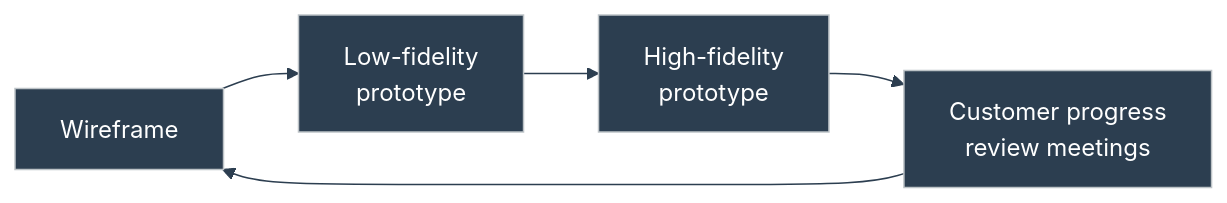
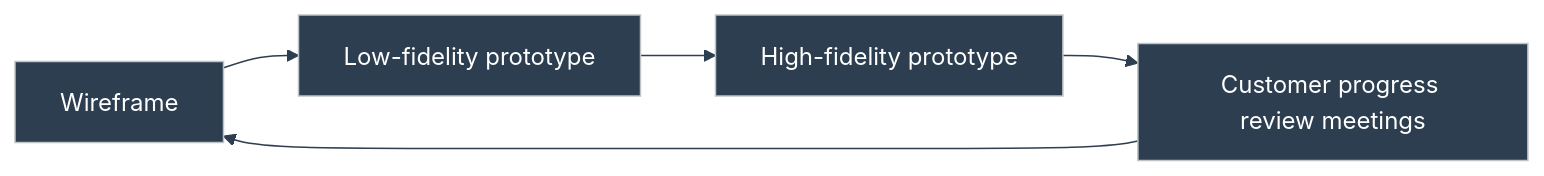
One commit to duducm2/my-personal-repo changed the seventh of 12 diagrams in portfolio/mermaid/diagrams.md. Above: the diagram before and after it, drawn with Mermaid. The commit also changed other lines of this file, not shown here.

Commit message:
Enhance Mermaid diagrams by adding new nodes for Python tests and Azure Cloud Infrastructure, and update Bar Chart label for consistency. Improve text formatting in prototype descriptions for better readability.

````diff
--- a/portfolio/mermaid/diagrams.md
+++ b/portfolio/mermaid/diagrams.md
@@ -128,10 +130,10 @@
 ```mermaid
 %%{init: {'theme': 'base', 'themeVariables': { 'primaryColor': '#2c3e50', 'primaryTextColor': '#fff', 'primaryBorderColor': '#bdc3c7', 'lineColor': '#2c3e50', 'fontFamily': 'Lato'}}}%%
 flowchart LR
   W["Wireframe"]
-  L["Low-fidelity\nprototype"]
-  H["High-fidelity\nprototype"]
+  L["Low-fidelity prototype"]
+  H["High-fidelity prototype"]
   W --> L --> H
-  H --> Review["Customer progress\nreview meetings"]
+  H --> Review["Customer progress review meetings"]
   Review --> W
 ```
````
